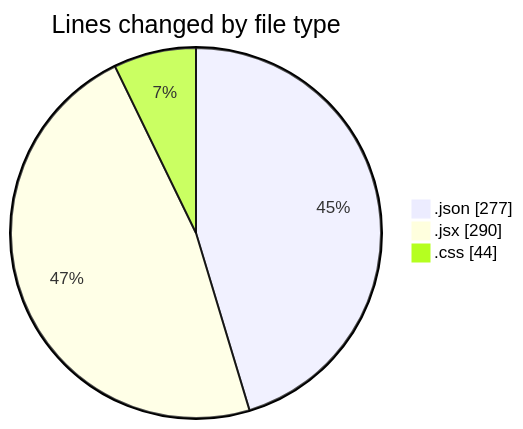
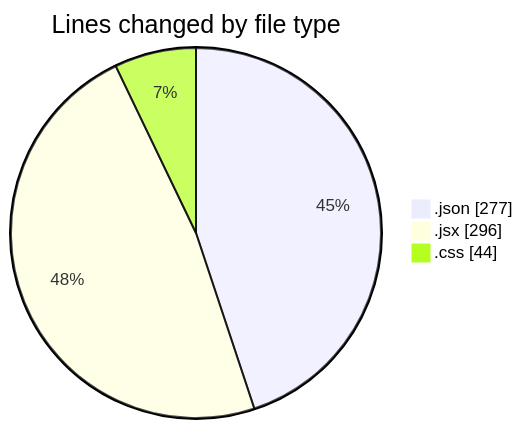
Before and after one commit to Elitesun/code-tracking: the first of 2 diagrams in 2025-02-11/react_ecom/README.md, drawn with Mermaid. The commit also changed other lines of this file and 1 other file, not shown here.

````diff
--- a/2025-02-11/react_ecom/README.md
+++ b/2025-02-11/react_ecom/README.md
@@ -28,7 +28,7 @@
 ```mermaid
 pie showData
 title Lines changed by file type
 ".json" : 277
-".jsx" : 290
+".jsx" : 296
 ".css" : 44
 ```
````
